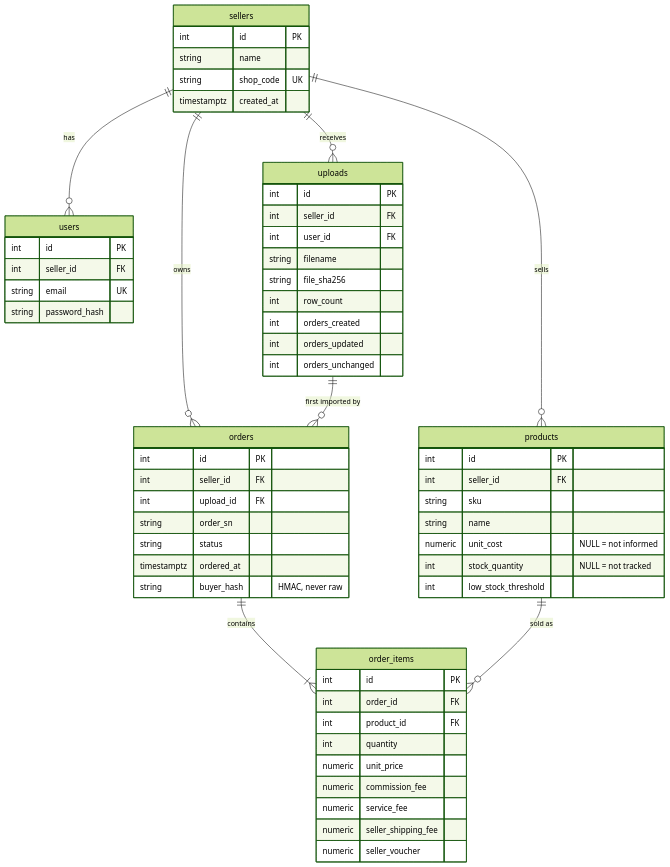
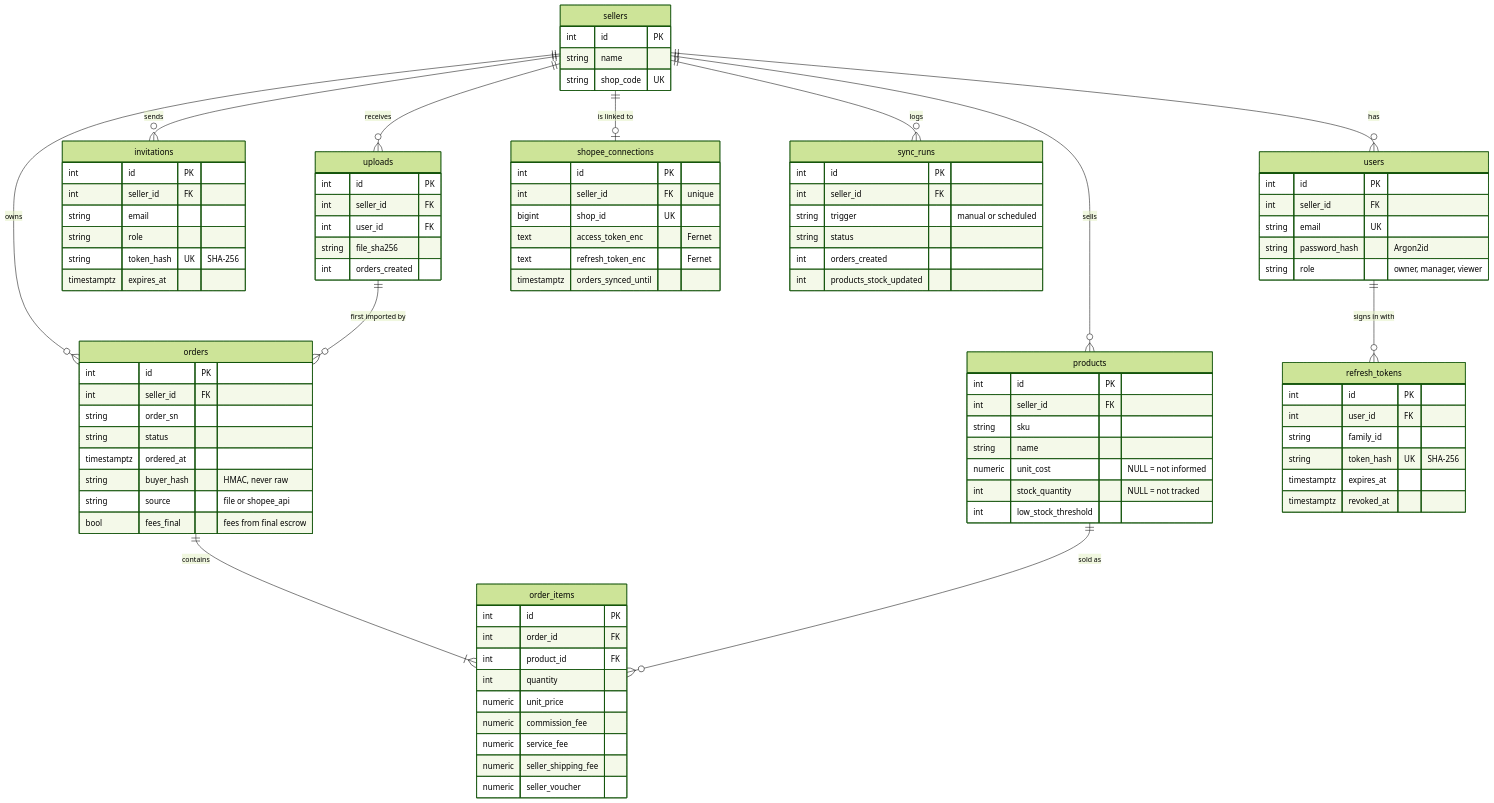
One commit to GustavoPFARIA/shopee-seller-insights changed the second of 2 diagrams in README.md. Above: the diagram before and after it, drawn with Mermaid (forest theme). The commit also changed other lines of this file and 1 other file, not shown here.

First line of the commit message:
docs: README and SECURITY.md for Shopee integration, roles, sessions and nginx

````diff
--- a/README.md
+++ b/README.md
@@ -85,9 +115,13 @@
 ```mermaid
 erDiagram
     sellers ||--o{ users : has
+    sellers ||--o{ invitations : sends
     sellers ||--o{ products : sells
     sellers ||--o{ uploads : receives
     sellers ||--o{ orders : owns
+    sellers ||--o| shopee_connections : "is linked to"
+    sellers ||--o{ sync_runs : logs
+    users ||--o{ refresh_tokens : "signs in with"
     uploads ||--o{ orders : "first imported by"
     orders ||--|{ order_items : contains
     products ||--o{ order_items : "sold as"
@@ -96,13 +130,29 @@
         int id PK
         string name
         string shop_code UK
-        timestamptz created_at
     }
     users {
         int id PK
         int seller_id FK
         string email UK
-        string password_hash
+        string password_hash "Argon2id"
+        string role "owner, manager, viewer"
+    }
+    invitations {
+        int id PK
+        int seller_id FK
+        string email
+        string role
+        string token_hash UK "SHA-256"
+        timestamptz expires_at
+    }
+    refresh_tokens {
+        int id PK
+        int user_id FK
+        string family_id
+        string token_hash UK "SHA-256"
+        timestamptz expires_at
+        timestamptz revoked_at
     }
     products {
         int id PK
@@ -117,21 +167,18 @@
         int id PK
         int seller_id FK
         int user_id FK
-        string filename
         string file_sha256
-        int row_count
         int orders_created
-        int orders_updated
-        int orders_unchanged
     }
     orders {
         int id PK
         int seller_id FK
-        int upload_id FK
         string order_sn
         string status
         timestamptz ordered_at
         string buyer_hash "HMAC, never raw"
+        string source "file or shopee_api"
+        bool fees_final "fees from final escrow"
     }
     order_items {
         int id PK
@@ -144,4 +191,20 @@
         numeric seller_shipping_fee
         numeric seller_voucher
     }
+    shopee_connections {
+        int id PK
+        int seller_id FK "unique"
+        bigint shop_id UK
+        text access_token_enc "Fernet"
+        text refresh_token_enc "Fernet"
+        timestamptz orders_synced_until
+    }
+    sync_runs {
+        int id PK
+        int seller_id FK
+        string trigger "manual or scheduled"
+        string status
+        int orders_created
+        int products_stock_updated
+    }
 ```
````
